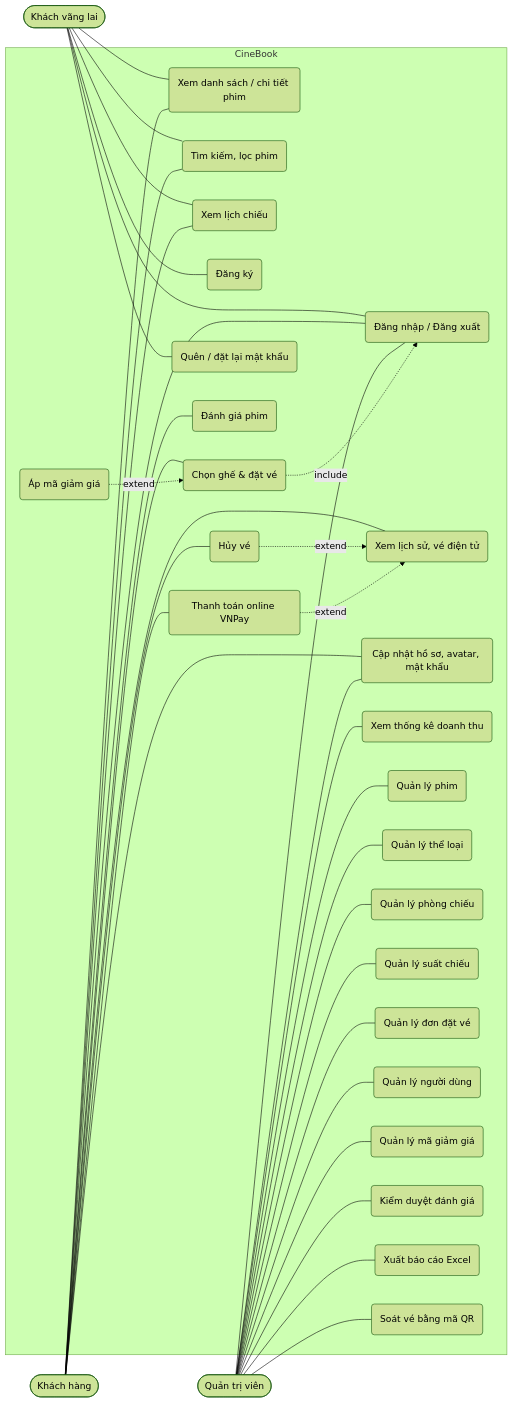
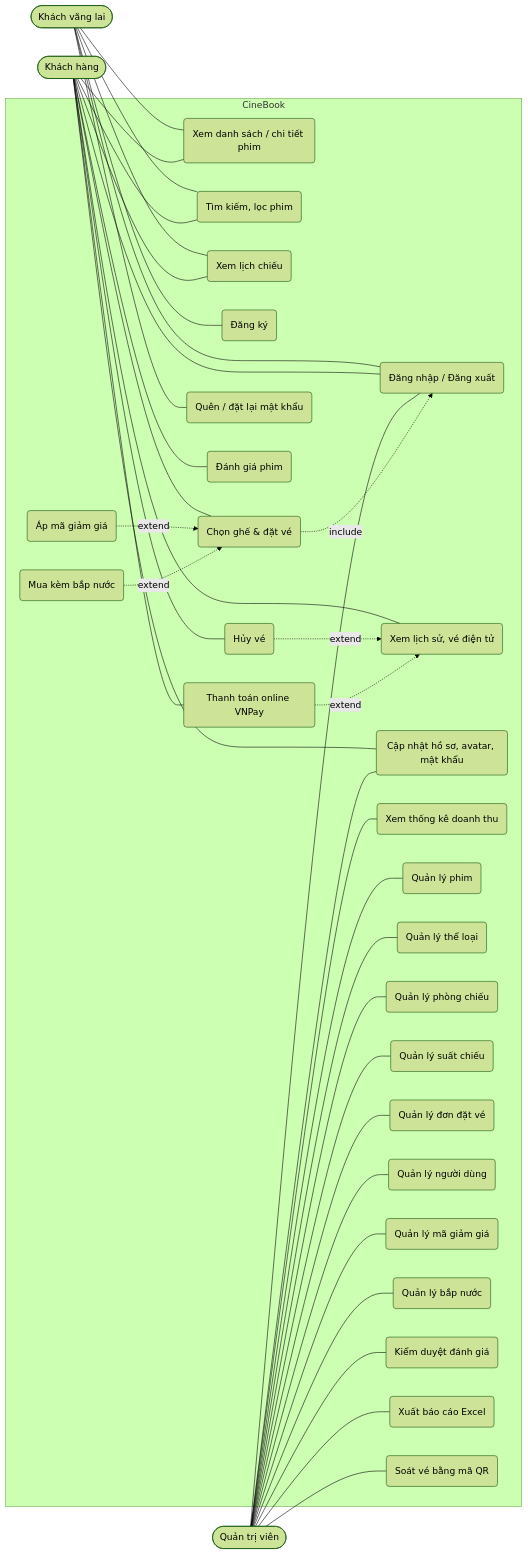
Before and after one commit to Leanhoangy/CineBook: the second of 2 diagrams in docs/THIET_KE.md, drawn with Mermaid (forest theme). The commit also changed other lines of this file and 44 other files, not shown here.

Commit message:
Tự hủy vé chưa thanh toán trước giờ chiếu 30 phút (lệnh chạy mỗi phút, email báo khách, ghi lý do hủy); bán kèm combo bắp nước khi đặt vé, admin quản lý combo

````diff
--- a/docs/THIET_KE.md
+++ b/docs/THIET_KE.md
@@ -150,41 +169,44 @@
 ```mermaid
 flowchart LR
     Guest([Khách vãng lai])
     User([Khách hàng])
     Admin([Quản trị viên])
 
     subgraph CineBook
         UC1(Xem danh sách / chi tiết phim)
         UC2(Tìm kiếm, lọc phim)
         UC3(Xem lịch chiếu)
         UC4(Đăng ký)
         UC5(Đăng nhập / Đăng xuất)
         UC6(Chọn ghế & đặt vé)
         UC7(Xem lịch sử, vé điện tử)
         UC8(Hủy vé)
         UC9(Cập nhật hồ sơ, avatar, mật khẩu)
         UC10(Xem thống kê doanh thu)
         UC11(Quản lý phim)
         UC12(Quản lý thể loại)
         UC13(Quản lý phòng chiếu)
         UC14(Quản lý suất chiếu)
         UC15(Quản lý đơn đặt vé)
         UC16(Quản lý người dùng)
         UC17(Quên / đặt lại mật khẩu)
         UC18(Đánh giá phim)
         UC19(Áp mã giảm giá)
         UC20(Quản lý mã giảm giá)
+        UC25(Mua kèm bắp nước)
+        UC26(Quản lý bắp nước)
         UC21(Kiểm duyệt đánh giá)
         UC22(Xuất báo cáo Excel)
         UC23(Thanh toán online VNPay)
         UC24(Soát vé bằng mã QR)
     end
 
     Guest --- UC1 & UC2 & UC3 & UC4 & UC5 & UC17
     User --- UC1 & UC2 & UC3 & UC5 & UC6 & UC7 & UC8 & UC9 & UC18 & UC23
-    Admin --- UC5 & UC9 & UC10 & UC11 & UC12 & UC13 & UC14 & UC15 & UC16 & UC20 & UC21 & UC22 & UC24
+    Admin --- UC5 & UC9 & UC10 & UC11 & UC12 & UC13 & UC14 & UC15 & UC16 & UC20 & UC21 & UC22 & UC24 & UC26
     UC6 -. include .-> UC5
     UC19 -. extend .-> UC6
+    UC25 -. extend .-> UC6
     UC8 -. extend .-> UC7
     UC23 -. extend .-> UC7
 ```
````
